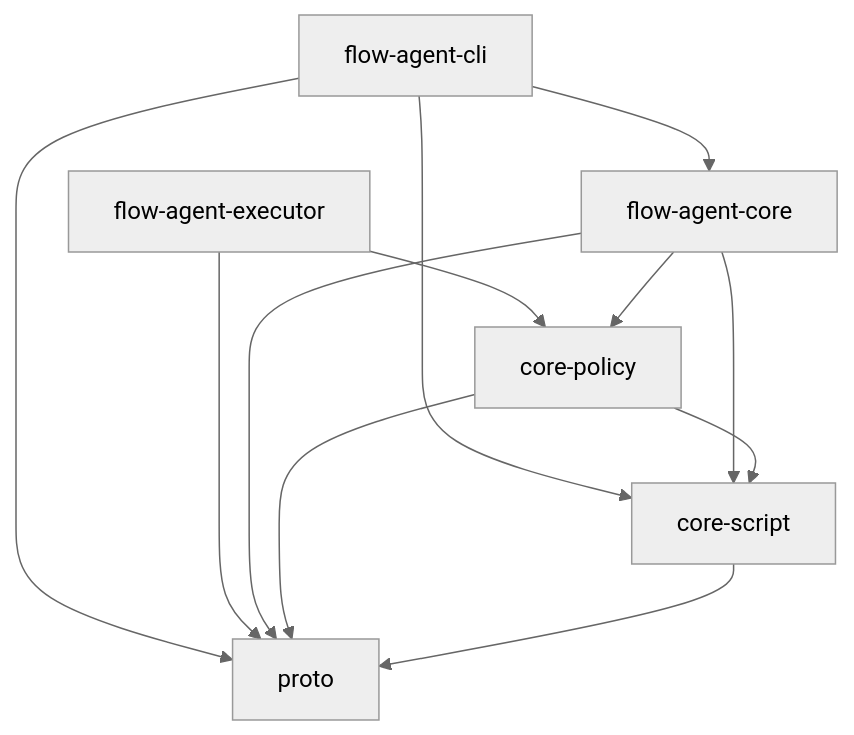
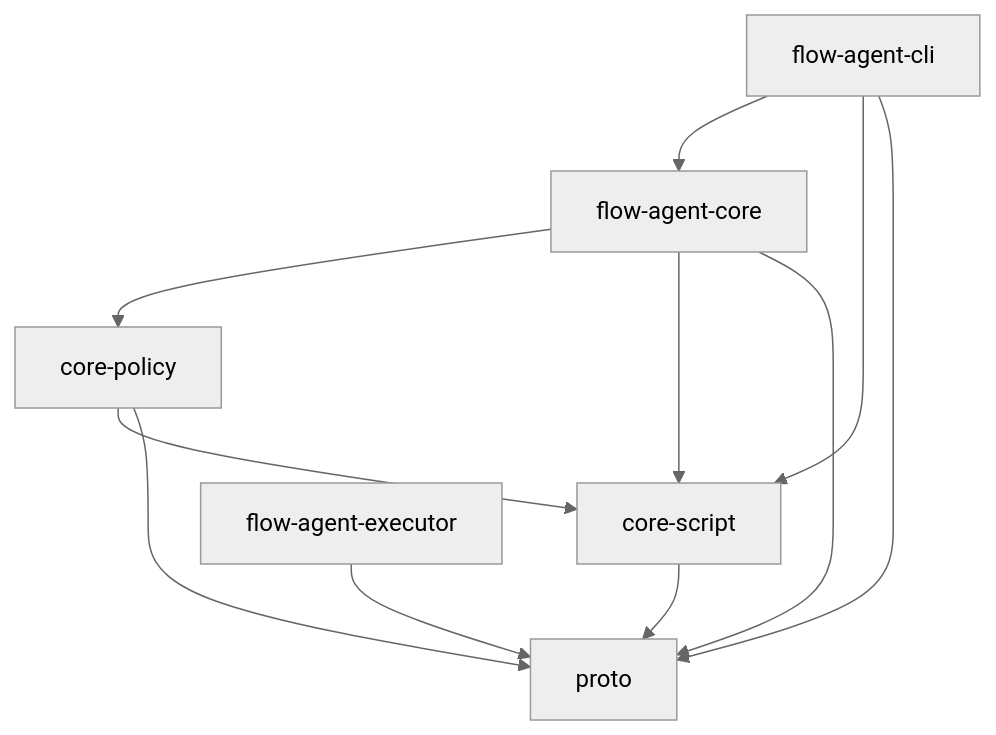
One commit to Open-Equilibrium/watershed changed the first of 3 diagrams in docs/architecture.md. Above: the diagram before and after it, drawn with Mermaid (neutral theme). The commit also changed other lines of this file and 174 other files, not shown here.

````diff
--- a/docs/architecture.md
+++ b/docs/architecture.md
@@ -9,14 +9,13 @@
 ```mermaid
 flowchart TD
   C[flow-agent-cli] --> F[flow-agent-core]
   C --> S[core-script]
   C --> R[proto]
-  E[flow-agent-executor] --> P[core-policy]
   E[flow-agent-executor] --> R
   F --> P[core-policy]
   F --> S
   F --> R
   P --> S
   P --> R
   S --> R
 ```
````
